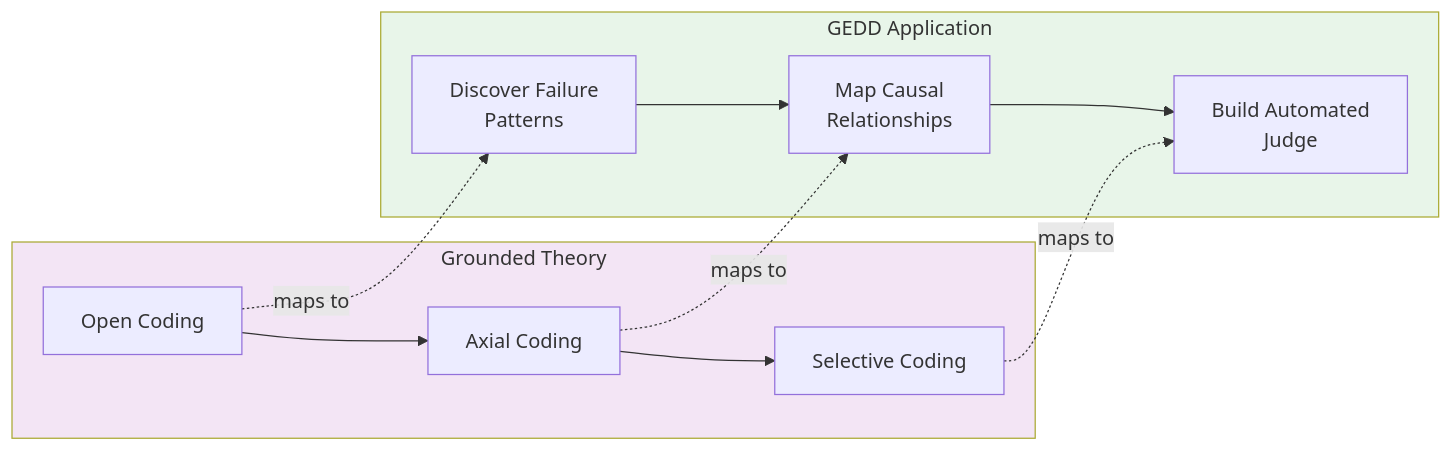
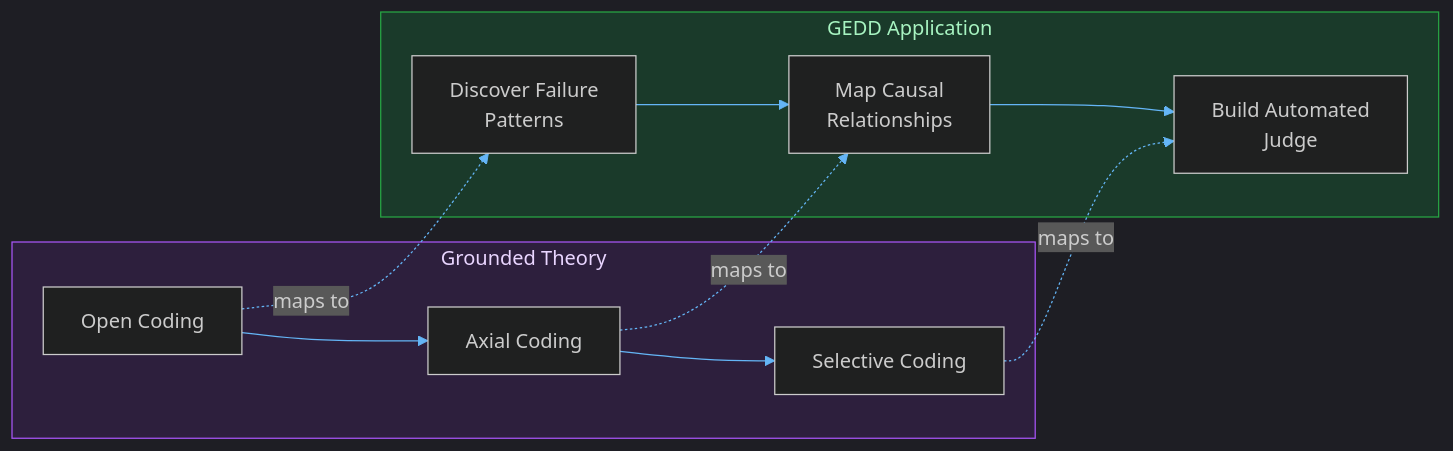
The second of 8 diagrams in README.md (aws-samples/sample-GEDD), drawn with Mermaid before and after one commit. The commit also changed other lines of this file, not shown here.

First line of the commit message:
docs: fix Mermaid diagrams for dark background rendering

````diff
--- a/README.md
+++ b/README.md
@@ -53,17 +55,18 @@
 ```mermaid
+%%{init: {'theme': 'dark', 'themeVariables': {'primaryColor': '#1e3a5f', 'primaryTextColor': '#e2e8f0', 'lineColor': '#64b5f6'}}}%%
 flowchart LR
     subgraph GT["Grounded Theory"]
         OC[Open Coding] --> AC[Axial Coding] --> SC[Selective Coding]
     end
 
     subgraph GEDD["GEDD Application"]
         OC2[Discover Failure<br/>Patterns] --> AC2[Map Causal<br/>Relationships] --> SC2[Build Automated<br/>Judge]
     end
 
     OC -.->|maps to| OC2
     AC -.->|maps to| AC2
     SC -.->|maps to| SC2
 
-    style GT fill:#f3e5f5
-    style GEDD fill:#e8f5e9
+    style GT fill:#2d1f3d,stroke:#a855f7,color:#e9d5ff
+    style GEDD fill:#1a3a2a,stroke:#27a644,color:#a7f3c1
 ```
````
